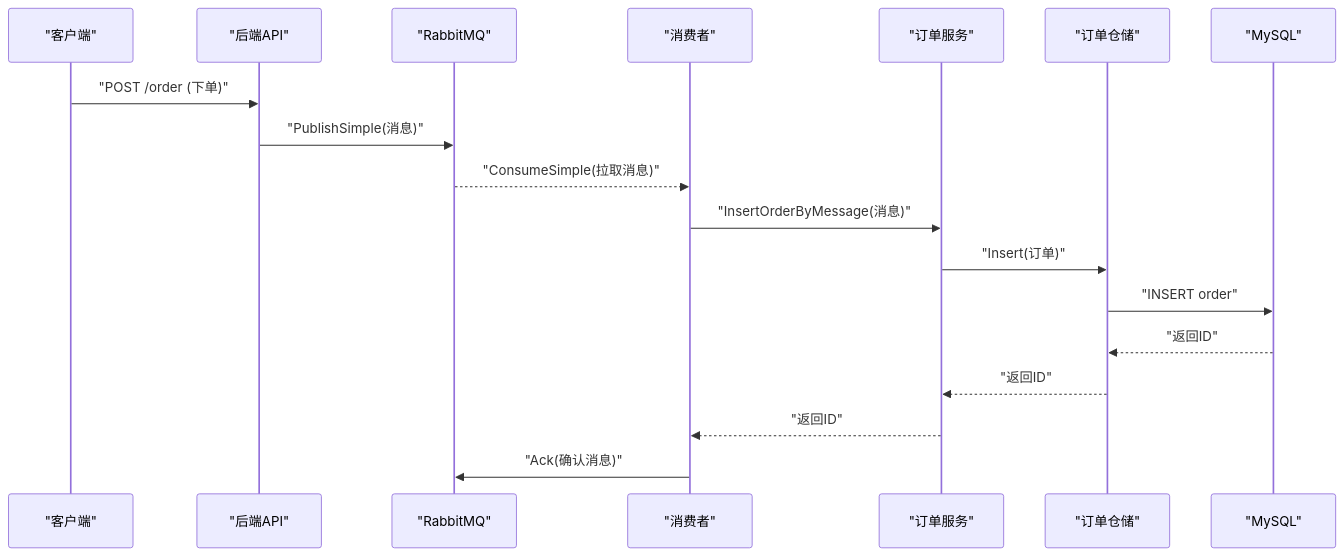
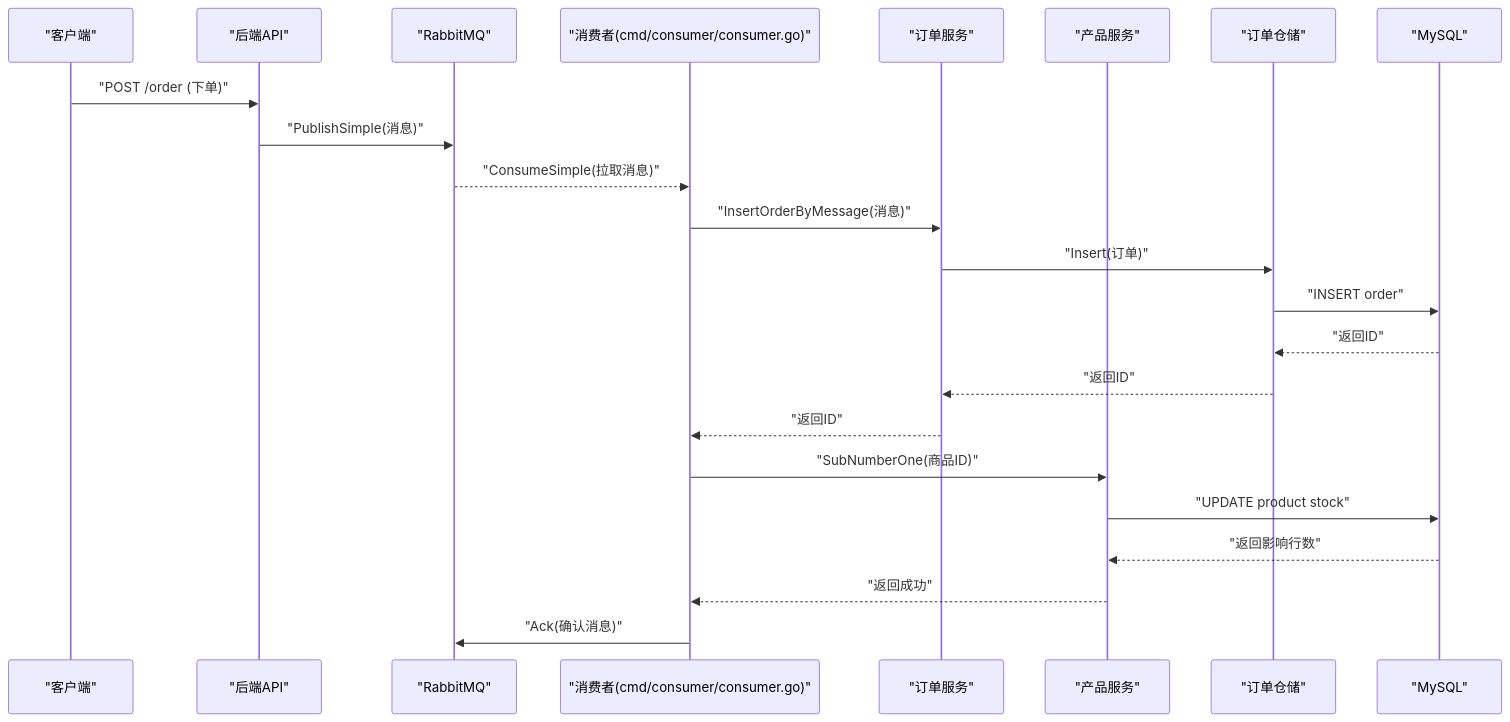
The second of 5 diagrams in .qoder/repowiki/zh/content/高并发处理.md (gbtdesign/e-commerce-t), drawn with Mermaid before and after one commit. The commit also changed other lines of this file and 53 other files, not shown here.

````diff
--- a/.qoder/repowiki/zh/content/高并发处理.md
+++ b/.qoder/repowiki/zh/content/高并发处理.md
@@ -86,20 +96,25 @@
 ```mermaid
 sequenceDiagram
 participant C as "客户端"
 participant API as "后端API"
 participant MQ as "RabbitMQ"
-participant CONSUMER as "消费者"
-participant SVC as "订单服务"
+participant CONSUMER as "消费者(cmd/consumer/consumer.go)"
+participant ORDER_SVC as "订单服务"
+participant PRODUCT_SVC as "产品服务"
 participant REPO as "订单仓储"
 participant DB as "MySQL"
 C->>API : "POST /order (下单)"
 API->>MQ : "PublishSimple(消息)"
 MQ-->>CONSUMER : "ConsumeSimple(拉取消息)"
-CONSUMER->>SVC : "InsertOrderByMessage(消息)"
-SVC->>REPO : "Insert(订单)"
+CONSUMER->>ORDER_SVC : "InsertOrderByMessage(消息)"
+ORDER_SVC->>REPO : "Insert(订单)"
 REPO->>DB : "INSERT order"
 DB-->>REPO : "返回ID"
-REPO-->>SVC : "返回ID"
-SVC-->>CONSUMER : "返回ID"
+REPO-->>ORDER_SVC : "返回ID"
+ORDER_SVC-->>CONSUMER : "返回ID"
+CONSUMER->>PRODUCT_SVC : "SubNumberOne(商品ID)"
+PRODUCT_SVC->>DB : "UPDATE product stock"
+DB-->>PRODUCT_SVC : "返回影响行数"
+PRODUCT_SVC-->>CONSUMER : "返回成功"
 CONSUMER->>MQ : "Ack(确认消息)"
 ```
````
